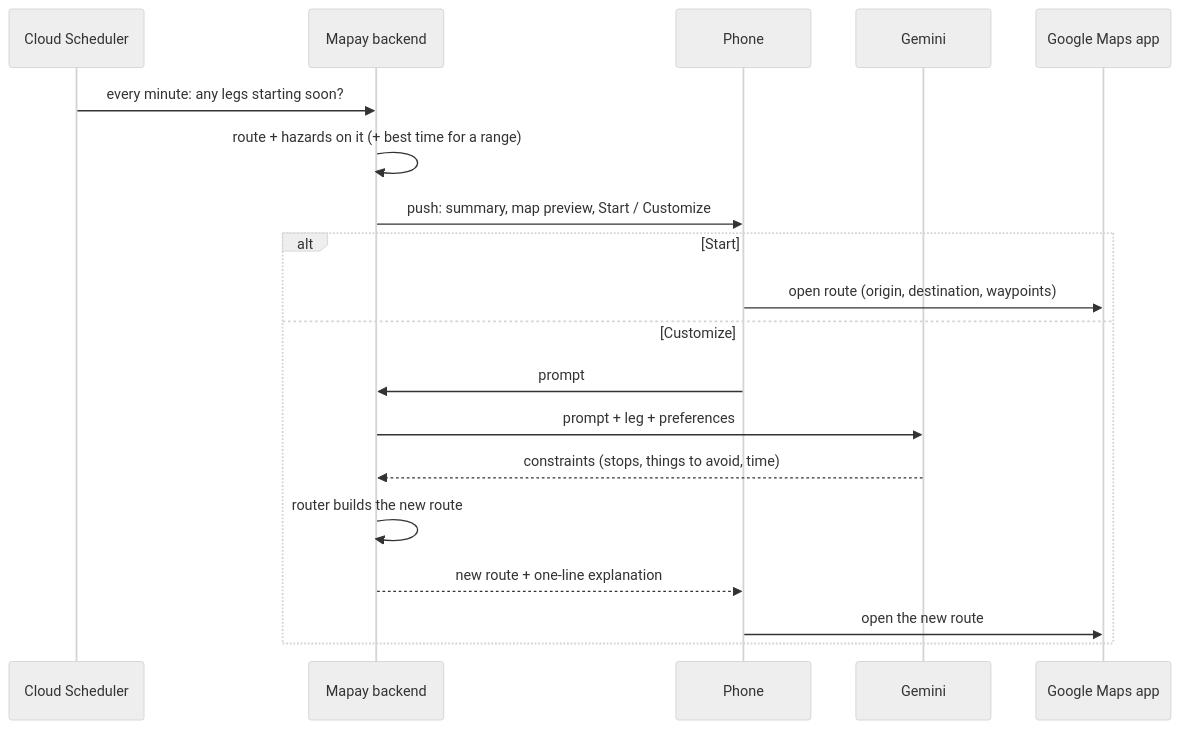
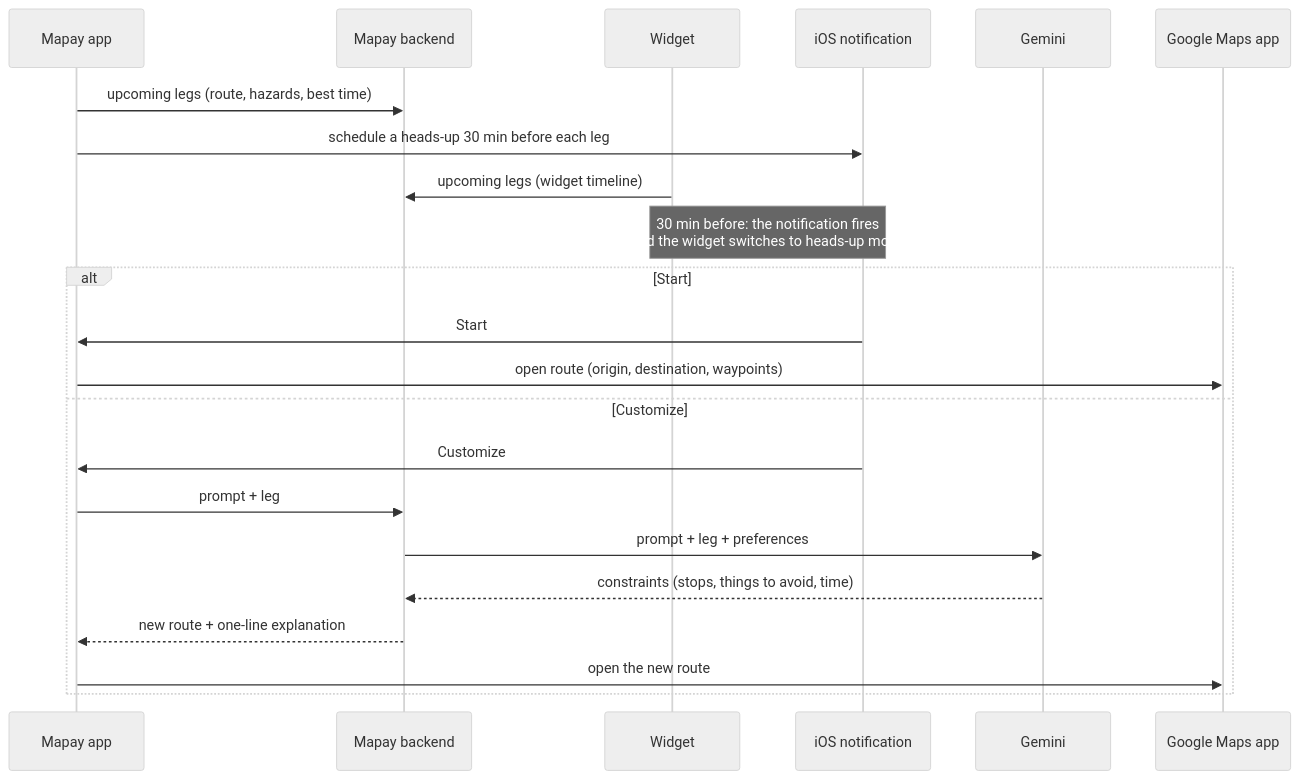
One commit to TomasPessagno/mapay changed the second of 3 diagrams in README.md. Above: the diagram before and after it, drawn with Mermaid (neutral theme). The commit also changed other lines of this file and 4 other files, not shown here.

````diff
--- a/README.md
+++ b/README.md
@@ -124,21 +132,24 @@
 ```mermaid
 sequenceDiagram
-    participant S as Cloud Scheduler
+    participant A as Mapay app
     participant B as Mapay backend
-    participant P as Phone
+    participant W as Widget
+    participant N as iOS notification
     participant G as Gemini
     participant M as Google Maps app
-    S->>B: every minute: any legs starting soon?
-    B->>B: route + hazards on it (+ best time for a range)
-    B->>P: push: summary, map preview, Start / Customize
+    A->>B: upcoming legs (route, hazards, best time)
+    A->>N: schedule a heads-up 30 min before each leg
+    W->>B: upcoming legs (widget timeline)
+    Note over W,N: 30 min before: the notification fires<br/>and the widget switches to heads-up mode
     alt Start
-        P->>M: open route (origin, destination, waypoints)
+        N->>A: Start
+        A->>M: open route (origin, destination, waypoints)
     else Customize
-        P->>B: prompt
+        N->>A: Customize
+        A->>B: prompt + leg
         B->>G: prompt + leg + preferences
         G-->>B: constraints (stops, things to avoid, time)
-        B->>B: router builds the new route
-        B-->>P: new route + one-line explanation
-        P->>M: open the new route
+        B-->>A: new route + one-line explanation
+        A->>M: open the new route
     end
 ```
````
